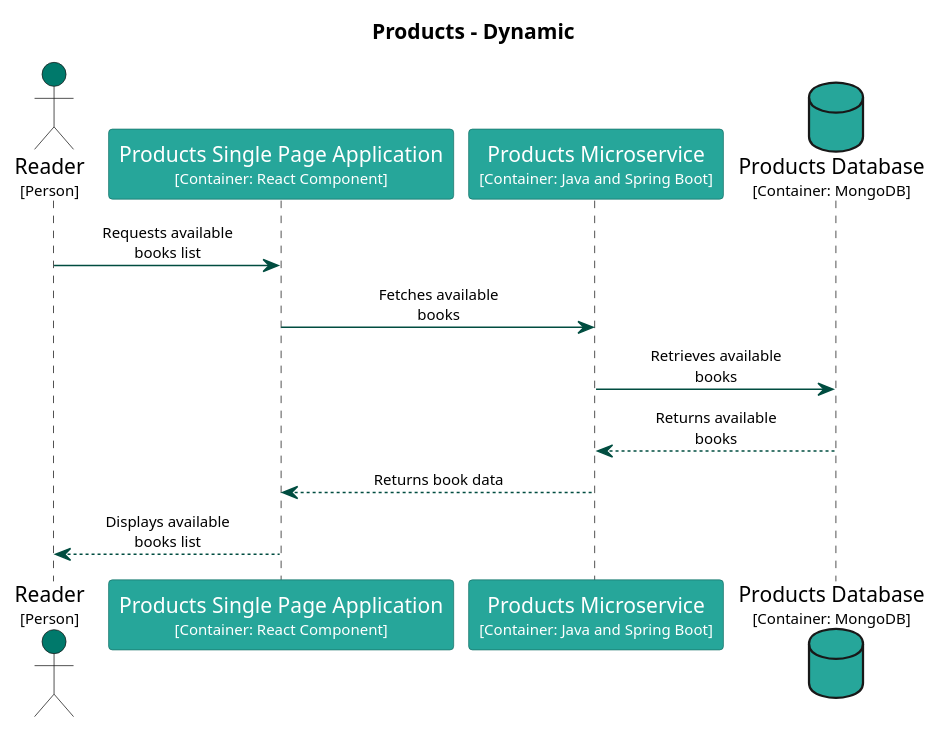
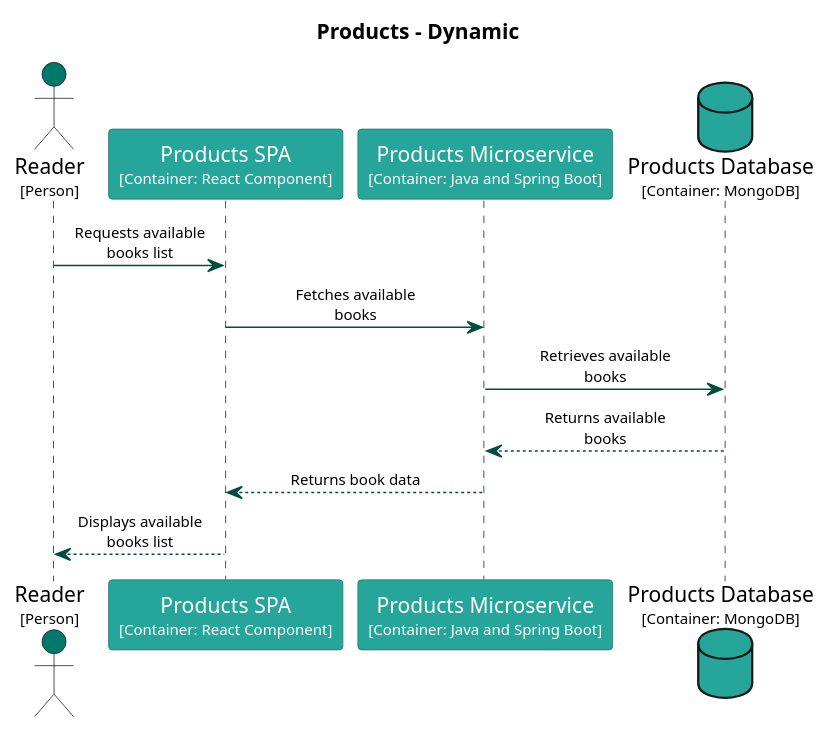
One commit to Goodmorning918/E-Library-Architecture changed the diagram in main/puml/present-available-books.puml. Above: the diagram before and after it, drawn with PlantUML. The commit also changed 147 other files, not shown here.

Commit message:
Deploying to gh-pages from @ Goodmorning918/E-Library-Architecture@44f7933ce3b599391c9f964d6f6a5102fbb01043 🚀

```diff
--- a/main/puml/present-available-books.puml
+++ b/main/puml/present-available-books.puml
@@ -1,49 +1,49 @@
 @startuml
 set separator none
 title Products - Dynamic
 
 skinparam {
   arrowFontSize 10
   defaultTextAlignment center
   wrapWidth 200
   maxMessageSize 100
 }
 
 hide stereotype
 
 skinparam sequenceParticipant<<Products.ProductsDatabase>> {
   BackgroundColor #26a69a
   FontColor #ffffff
   BorderColor #1a746b
   shadowing false
 }
 skinparam sequenceParticipant<<Products.ProductsMicroservice>> {
   BackgroundColor #26a69a
   FontColor #ffffff
   BorderColor #1a746b
   shadowing false
 }
-skinparam sequenceParticipant<<Products.ProductsSinglePageApplication>> {
+skinparam sequenceParticipant<<Products.ProductsSPA>> {
   BackgroundColor #26a69a
   FontColor #ffffff
   BorderColor #1a746b
   shadowing false
 }
 skinparam sequenceParticipant<<Reader>> {
   BackgroundColor #00796b
   FontColor #ffffff
   BorderColor #00544a
   shadowing false
 }
 
 actor "Reader\n<size:10>[Person]</size>" as Reader <<Reader>> #00796b
-participant "Products Single Page Application\n<size:10>[Container: React Component]</size>" as Products.ProductsSinglePageApplication <<Products.ProductsSinglePageApplication>> #26a69a
+participant "Products SPA\n<size:10>[Container: React Component]</size>" as Products.ProductsSPA <<Products.ProductsSPA>> #26a69a
 participant "Products Microservice\n<size:10>[Container: Java and Spring Boot]</size>" as Products.ProductsMicroservice <<Products.ProductsMicroservice>> #26a69a
 database "Products Database\n<size:10>[Container: MongoDB]</size>" as Products.ProductsDatabase <<Products.ProductsDatabase>> #26a69a
-Reader -[#004d40]> Products.ProductsSinglePageApplication : Requests available books list
-Products.ProductsSinglePageApplication -[#004d40]> Products.ProductsMicroservice : Fetches available books
+Reader -[#004d40]> Products.ProductsSPA : Requests available books list
+Products.ProductsSPA -[#004d40]> Products.ProductsMicroservice : Fetches available books
 Products.ProductsMicroservice -[#004d40]> Products.ProductsDatabase : Retrieves available books
 Products.ProductsMicroservice <-[#004d40]- Products.ProductsDatabase : Returns available books
-Products.ProductsSinglePageApplication <-[#004d40]- Products.ProductsMicroservice : Returns book data
-Reader <-[#004d40]- Products.ProductsSinglePageApplication : Displays available books list
+Products.ProductsSPA <-[#004d40]- Products.ProductsMicroservice : Returns book data
+Reader <-[#004d40]- Products.ProductsSPA : Displays available books list
 @enduml
```
